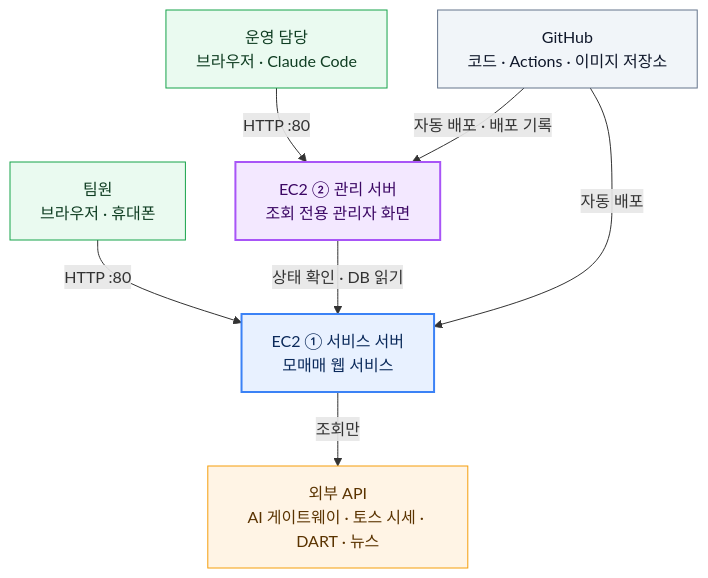
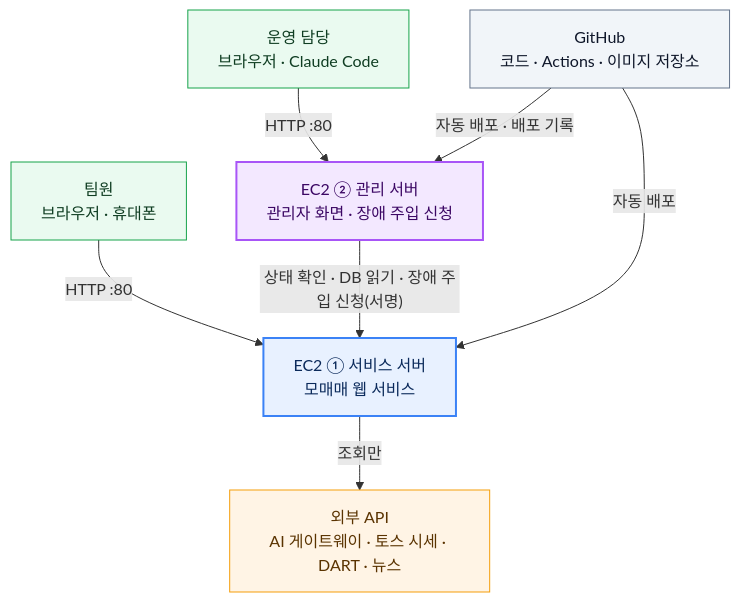
One commit to encore-ai-campus/AIO-01-P3-TEAM1 changed the fourth of 6 diagrams in README.md. Above: the diagram before and after it, drawn with Mermaid. The commit also changed other lines of this file and 64 other files, not shown here.

````diff
--- a/README.md
+++ b/README.md
@@ -224,22 +224,22 @@
 ```mermaid
 flowchart TB
     classDef user fill:#eafaf0,stroke:#16a34a,color:#0f3d22
     classDef svc fill:#e8f1ff,stroke:#3b82f6,stroke-width:2px,color:#0b2a5b
     classDef adm fill:#f3e8ff,stroke:#a855f7,stroke-width:2px,color:#3b0764
     classDef ext fill:#fff4e5,stroke:#f59e0b,color:#5a3300
     classDef gh fill:#f1f5f9,stroke:#64748b,color:#0f172a
 
     U["팀원<br/>브라우저 · 휴대폰"]:::user
     OP["운영 담당<br/>브라우저 · Claude Code"]:::user
     S["EC2 ① 서비스 서버<br/>모매매 웹 서비스"]:::svc
-    A["EC2 ② 관리 서버<br/>조회 전용 관리자 화면"]:::adm
+    A["EC2 ② 관리 서버<br/>관리자 화면 · 장애 주입 신청"]:::adm
     G["GitHub<br/>코드 · Actions · 이미지 저장소"]:::gh
     X["외부 API<br/>AI 게이트웨이 · 토스 시세 · DART · 뉴스"]:::ext
 
     U -- "HTTP :80" --> S
     OP -- "HTTP :80" --> A
-    A -- "상태 확인 · DB 읽기" --> S
+    A -- "상태 확인 · DB 읽기 · 장애 주입 신청(서명)" --> S
     S -- "조회만" --> X
     G -- "자동 배포" --> S
     G -- "자동 배포 · 배포 기록" --> A
 ```
````
